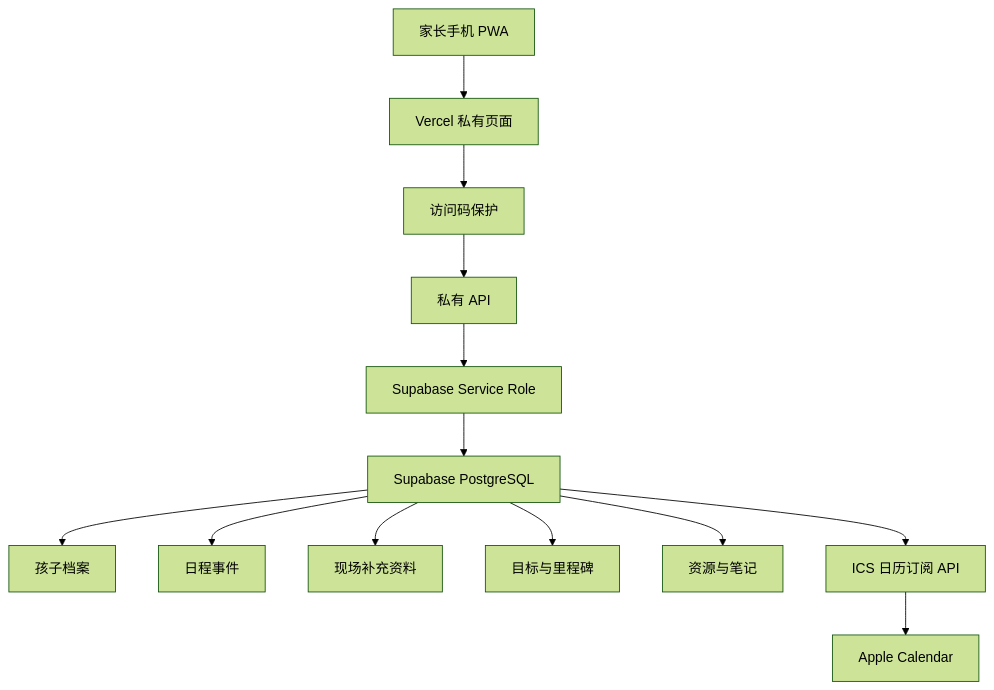
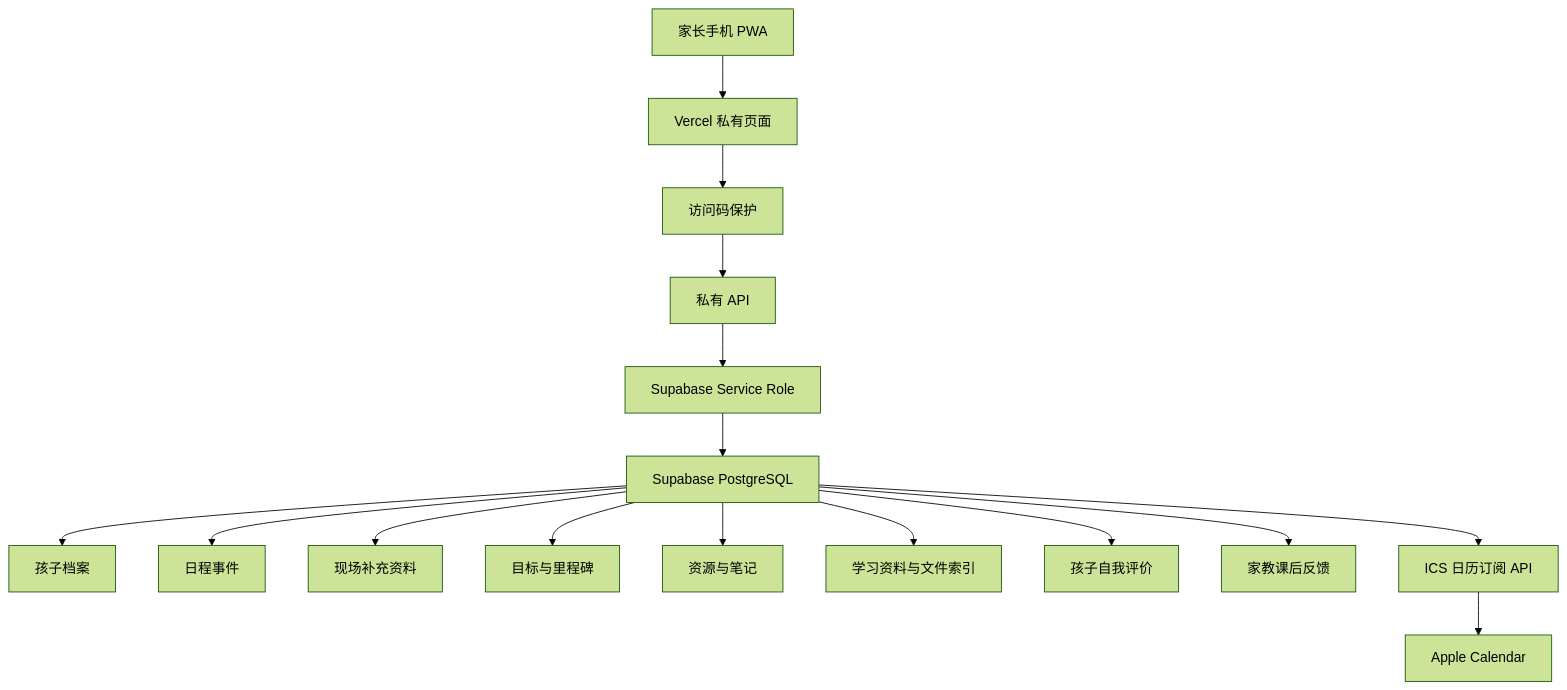
Before and after one commit to moirakk/family-education-private-three-child: the diagram in docs/demo-guide.md, drawn with Mermaid (forest theme). The commit also changed other lines of this file and 11 other files, not shown here.

````diff
--- a/docs/demo-guide.md
+++ b/docs/demo-guide.md
@@ -150,17 +160,20 @@
 ```mermaid
 flowchart TD
   A["家长手机 PWA"] --> B["Vercel 私有页面"]
   B --> C["访问码保护"]
   C --> D["私有 API"]
   D --> E["Supabase Service Role"]
   E --> F["Supabase PostgreSQL"]
 
   F --> G["孩子档案"]
   F --> H["日程事件"]
   F --> I["现场补充资料"]
   F --> J["目标与里程碑"]
   F --> K["资源与笔记"]
+  F --> P["学习资料与文件索引"]
+  F --> Q["孩子自我评价"]
+  F --> R["家教课后反馈"]
 
   F --> L["ICS 日历订阅 API"]
   L --> M["Apple Calendar"]
 ```
````
